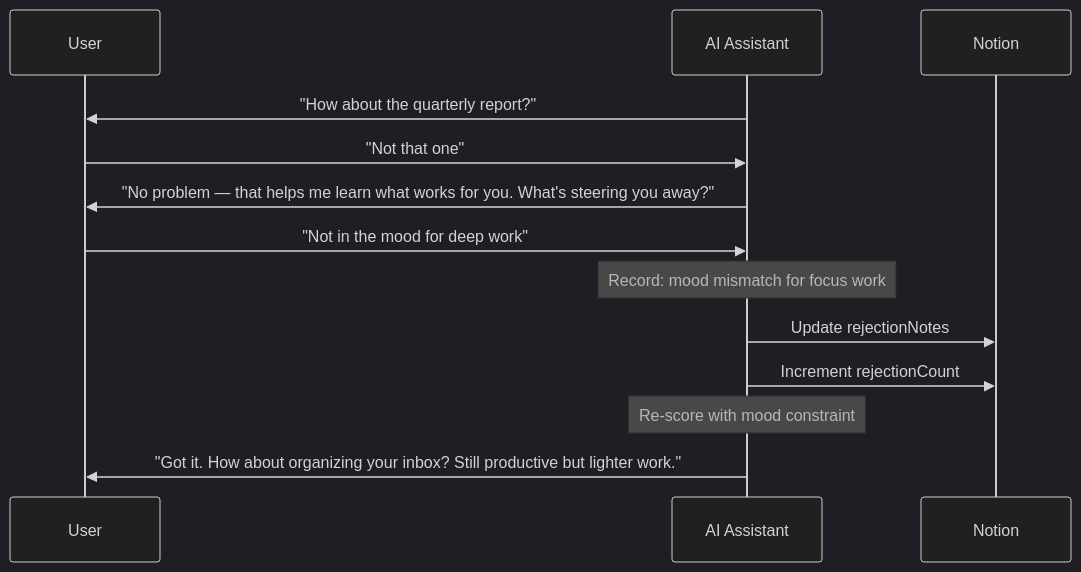
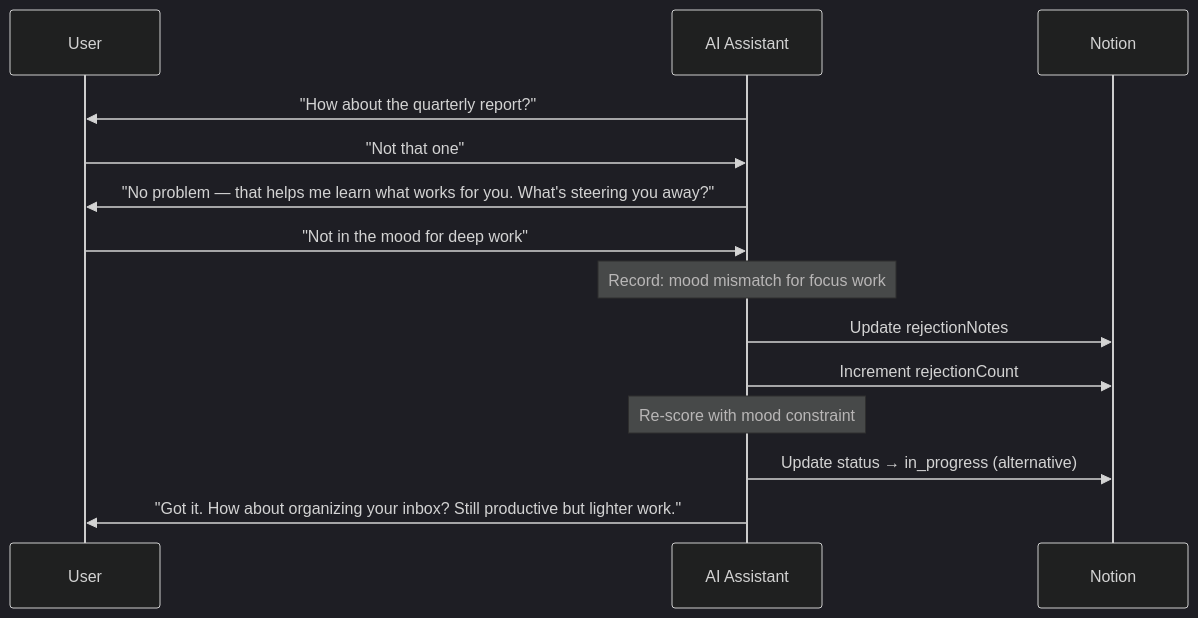
One commit to NickBorgersProbably/hide-my-list changed diagram 11 of 28 in docs/user-interactions.md. Above: the diagram before and after it, drawn with Mermaid (dark theme). The commit also changed other lines of this file and 22 other files, not shown here.

````diff
--- a/docs/user-interactions.md
+++ b/docs/user-interactions.md
@@ -438,21 +438,22 @@
 ```mermaid
 sequenceDiagram
     participant U as User
     participant AI as AI Assistant
     participant N as Notion
 
     AI->>U: "How about the quarterly report?"
     U->>AI: "Not that one"
 
     AI->>U: "No problem — that helps me learn what works for you. What's steering you away?"
     U->>AI: "Not in the mood for deep work"
 
     Note over AI: Record: mood mismatch for focus work
 
     AI->>N: Update rejectionNotes
     AI->>N: Increment rejectionCount
 
     Note over AI: Re-score with mood constraint
 
+    AI->>N: Update status → in_progress (alternative)
     AI->>U: "Got it. How about organizing your inbox? Still productive but lighter work."
 ```
````
